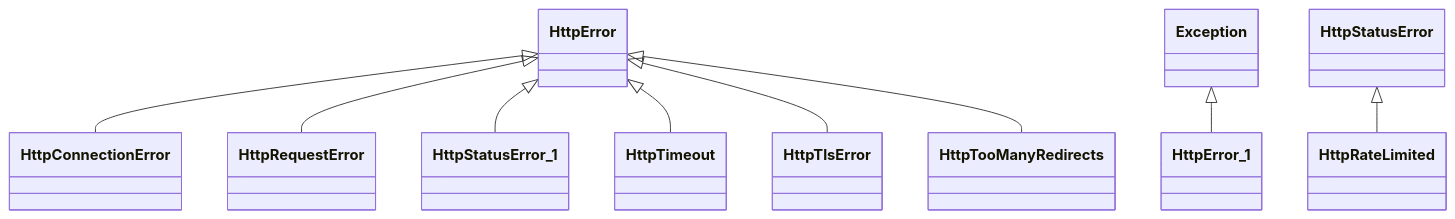
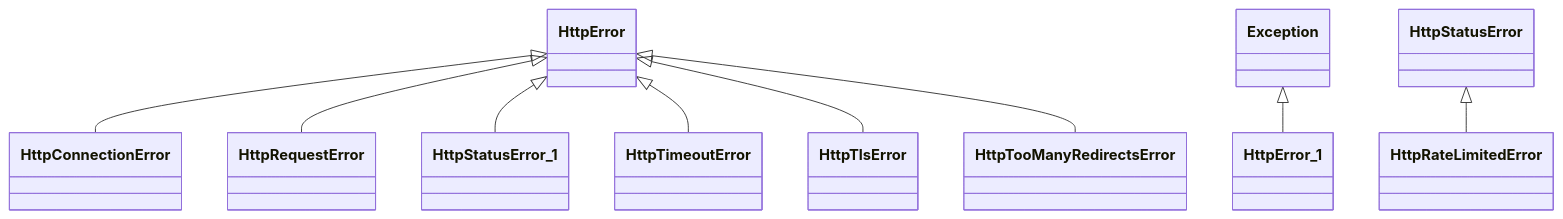
One commit to paul-heyse/kgforge changed the first of 2 diagrams in docs/modules/kgfoundry_common/http/errors.md. Above: the diagram before and after it, drawn with Mermaid. The commit also changed other lines of this file and 45 other files, not shown here.

````diff
--- a/docs/modules/kgfoundry_common/http/errors.md
+++ b/docs/modules/kgfoundry_common/http/errors.md
@@ -71,22 +77,22 @@
 ```mermaid
 classDiagram
     class HttpConnectionError
     class HttpError
     HttpError <|-- HttpConnectionError
     class HttpError_1
     class Exception
     Exception <|-- HttpError_1
-    class HttpRateLimited
+    class HttpRateLimitedError
     class HttpStatusError
-    HttpStatusError <|-- HttpRateLimited
+    HttpStatusError <|-- HttpRateLimitedError
     class HttpRequestError
     HttpError <|-- HttpRequestError
     class HttpStatusError_1
     HttpError <|-- HttpStatusError_1
-    class HttpTimeout
-    HttpError <|-- HttpTimeout
+    class HttpTimeoutError
+    HttpError <|-- HttpTimeoutError
     class HttpTlsError
     HttpError <|-- HttpTlsError
-    class HttpTooManyRedirects
-    HttpError <|-- HttpTooManyRedirects
+    class HttpTooManyRedirectsError
+    HttpError <|-- HttpTooManyRedirectsError
 ```
````
